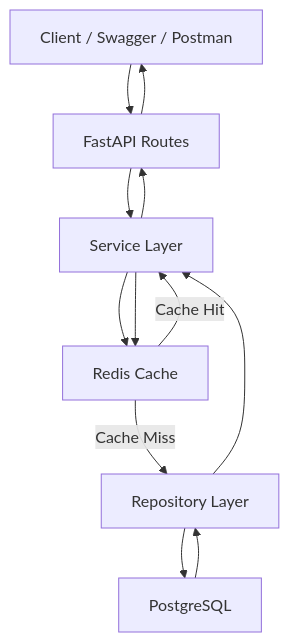
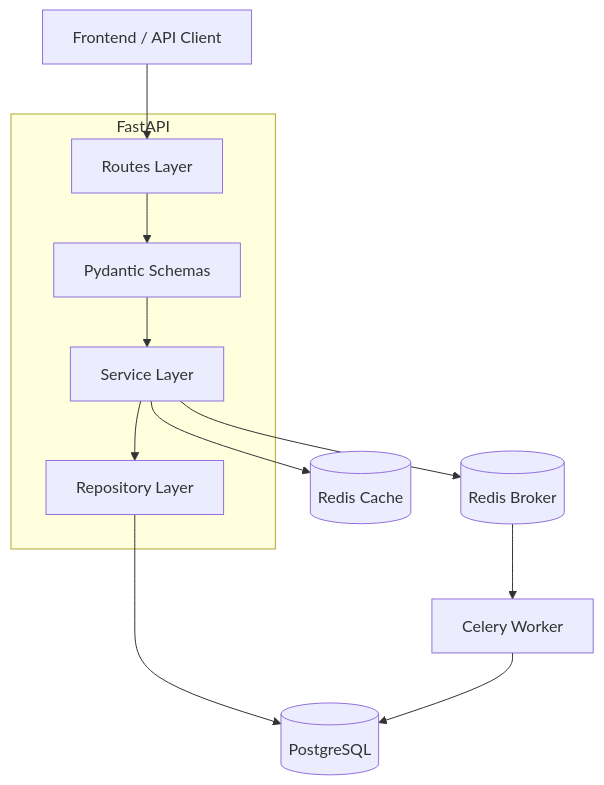
One commit to aaryan-pv/task_management changed the first of 5 diagrams in README.md. Above: the diagram before and after it, drawn with Mermaid. The commit also changed other lines of this file and 31 other files, not shown here.

````diff
--- a/README.md
+++ b/README.md
@@ -45,32 +53,28 @@
 ```mermaid
-flowchart TD
+flowchart TB
 
-Client["Client / Swagger / Postman"]
+    Client[Frontend / API Client]
 
-Routes["FastAPI Routes"]
-Services["Service Layer"]
-Cache["Redis Cache"]
-Repo["Repository Layer"]
-DB["PostgreSQL"]
+    Client --> Routes
 
-Client --> Routes
-Routes --> Services
+    subgraph FastAPI
+        Routes[Routes Layer]
+        Schemas[Pydantic Schemas]
+        Services[Service Layer]
+        Repositories[Repository Layer]
+    end
 
-Services --> Cache
+    Routes --> Schemas
+    Schemas --> Services
+    Services --> Repositories
 
-Cache -->|Cache Hit| Services
+    Repositories --> PostgreSQL[(PostgreSQL)]
 
-Cache -->|Cache Miss| Repo
+    Services --> Redis[(Redis Cache)]
 
-Repo --> DB
+    Services --> CeleryBroker[(Redis Broker)]
 
-DB --> Repo
+    CeleryBroker --> CeleryWorker[Celery Worker]
 
-Repo --> Services
-
-Services --> Cache
-
-Services --> Routes
-
-Routes --> Client
+    CeleryWorker --> PostgreSQL
 ```
````
